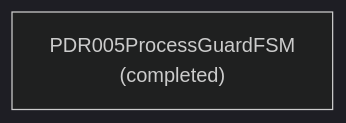
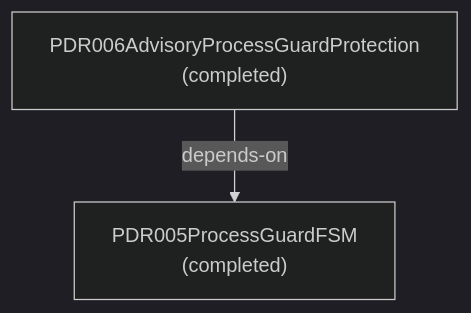
One commit to libar-dev/architect changed the third of 6 diagrams in docs-live/design-review/by-theme.md. Above: the diagram before and after it, drawn with Mermaid (dark theme). The commit also changed other lines of this file and 240 other files, not shown here.

````diff
--- a/docs-live/design-review/by-theme.md
+++ b/docs-live/design-review/by-theme.md
@@ -39,4 +39,6 @@
 ```mermaid
 graph TD
   pdr005processguardfsm["PDR005ProcessGuardFSM<br/>(completed)"]
+  pdr006advisoryprocessguardprotection["PDR006AdvisoryProcessGuardProtection<br/>(completed)"]
+  pdr006advisoryprocessguardprotection -->|depends-on| pdr005processguardfsm
 ```
````
